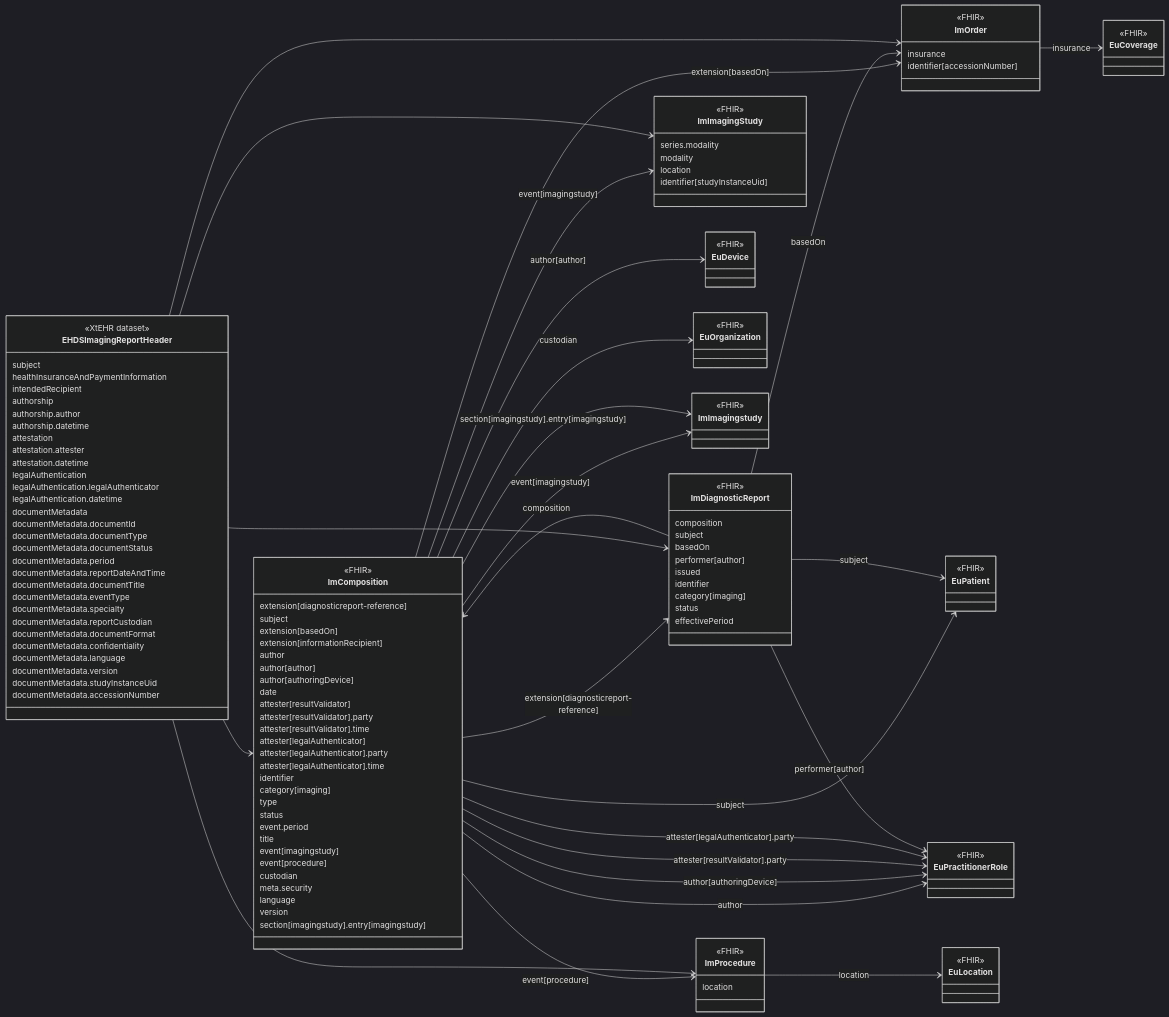
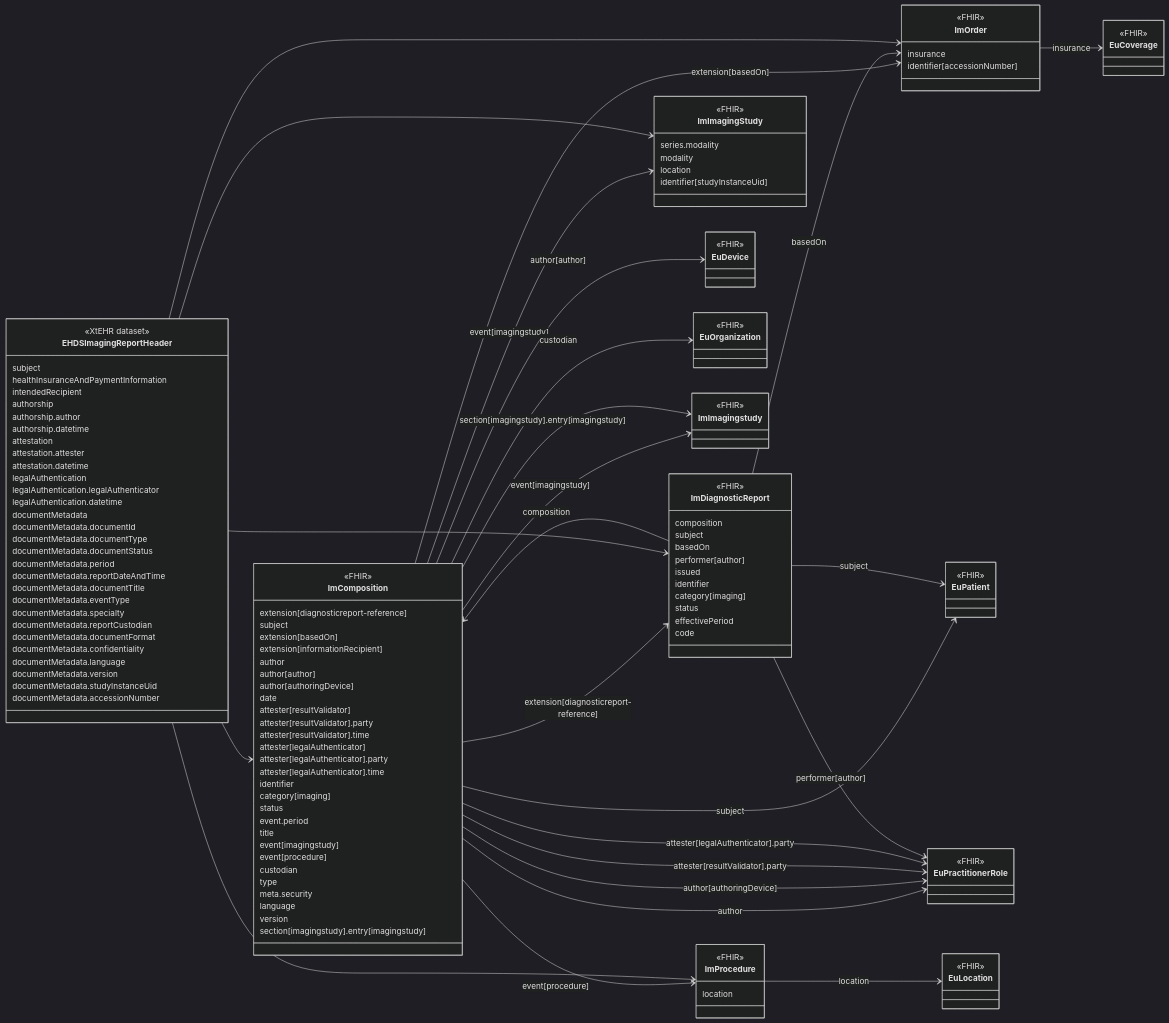
The diagram in input/intro-notes/ConceptMap-EHDSImagingReportHeaderMap-intro.md (oijauregui/ehdsimaging), drawn with Mermaid (dark theme) before and after one commit. The commit also changed 11 other files, not shown here.

Commit message:
Replaced in Composition.type and DiagnosticReport.code  the LOINC valueset of imaging report types with a code representing the template of the document.

```diff
--- a/input/intro-notes/ConceptMap-EHDSImagingReportHeaderMap-intro.md
+++ b/input/intro-notes/ConceptMap-EHDSImagingReportHeaderMap-intro.md
@@ -55,13 +55,13 @@
   attester[legalAuthenticator].time
   identifier
   category[imaging]
-  type
   status
   event.period
   title
   event[imagingstudy]
   event[procedure]
   custodian
+  type
   meta.security
   language
   version
@@ -79,6 +79,7 @@
   category[imaging]
   status
   effectivePeriod
+  code
 }
 
 class ImOrder{
```
